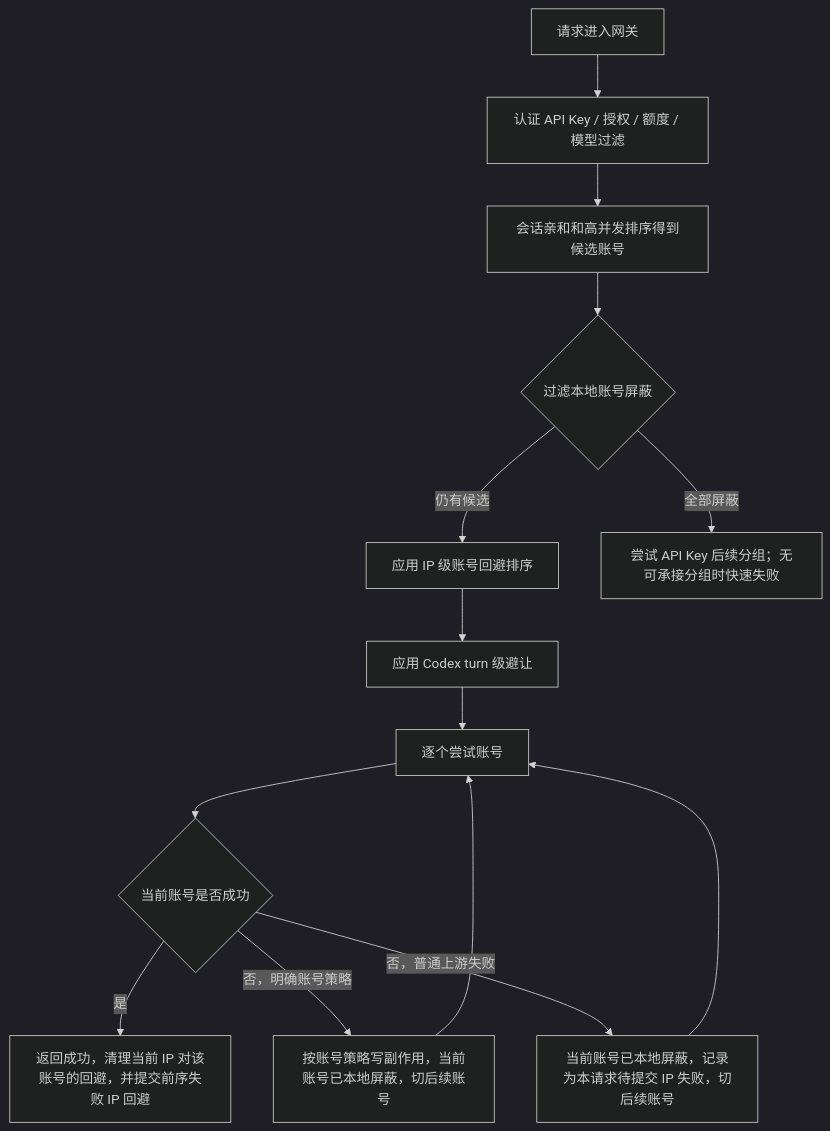
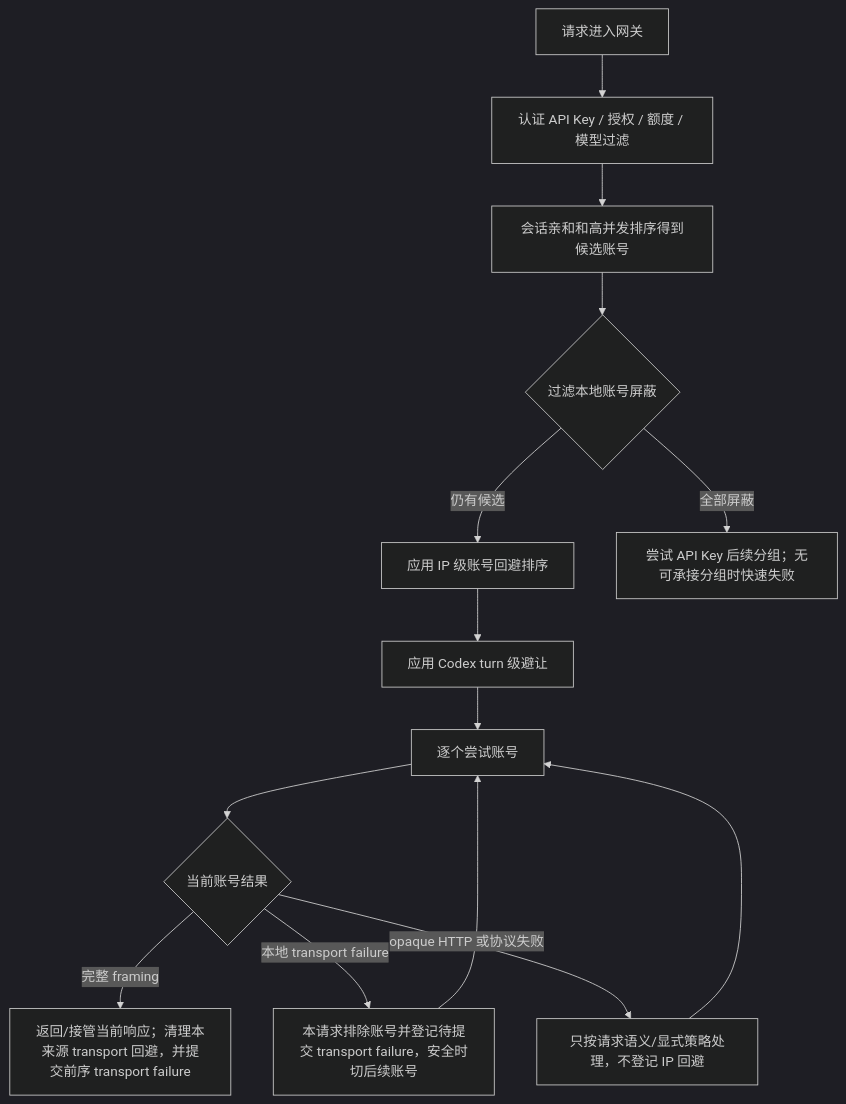
The diagram in docs/functions/IP级账号回避与自动切号设计.md (huanmin123/juhe-ai), drawn with Mermaid (dark theme) before and after one commit. The commit also changed other lines of this file and 290 other files, not shown here.

````diff
--- a/docs/functions/IP级账号回避与自动切号设计.md
+++ b/docs/functions/IP级账号回避与自动切号设计.md
@@ -78,16 +80,16 @@
 ```mermaid
 flowchart TD
   A["请求进入网关"] --> B["认证 API Key / 授权 / 额度 / 模型过滤"]
   B --> C["会话亲和和高并发排序得到候选账号"]
   C --> D{"过滤本地账号屏蔽"}
   D -- "仍有候选" --> E["应用 IP 级账号回避排序"]
   D -- "全部屏蔽" --> D1["尝试 API Key 后续分组；无可承接分组时快速失败"]
   E --> F["应用 Codex turn 级避让"]
   F --> G["逐个尝试账号"]
-  G --> H{"当前账号是否成功"}
-  H -- "是" --> I["返回成功，清理当前 IP 对该账号的回避，并提交前序失败 IP 回避"]
-  H -- "否，明确账号策略" --> K["按账号策略写副作用，当前账号已本地屏蔽，切后续账号"]
-  H -- "否，普通上游失败" --> L["当前账号已本地屏蔽，记录为本请求待提交 IP 失败，切后续账号"]
+  G --> H{"当前账号结果"}
+  H -- "完整 framing" --> I["返回/接管当前响应；清理本来源 transport 回避，并提交前序 transport failure"]
+  H -- "本地 transport failure" --> L["本请求排除账号并登记待提交 transport failure，安全时切后续账号"]
+  H -- "opaque HTTP 或协议失败" --> K["只按请求语义/显式策略处理，不登记 IP 回避"]
   L --> G
   K --> G
 ```
````
